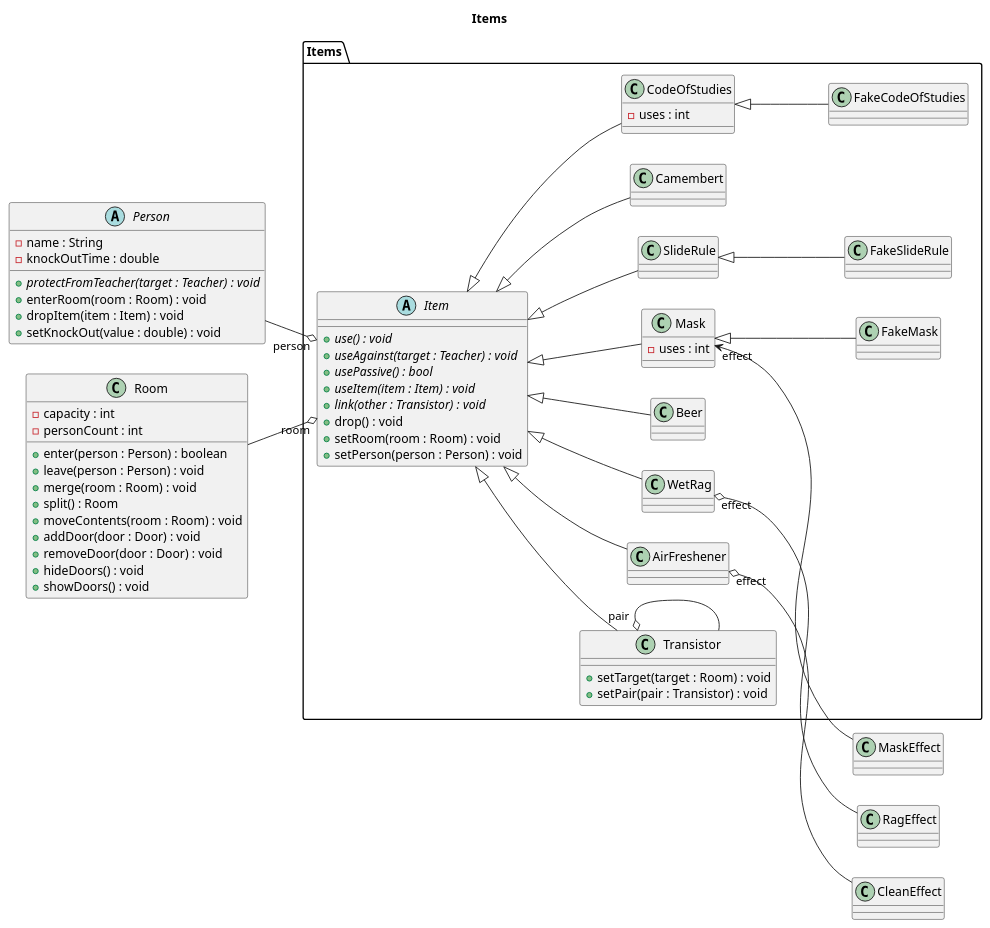
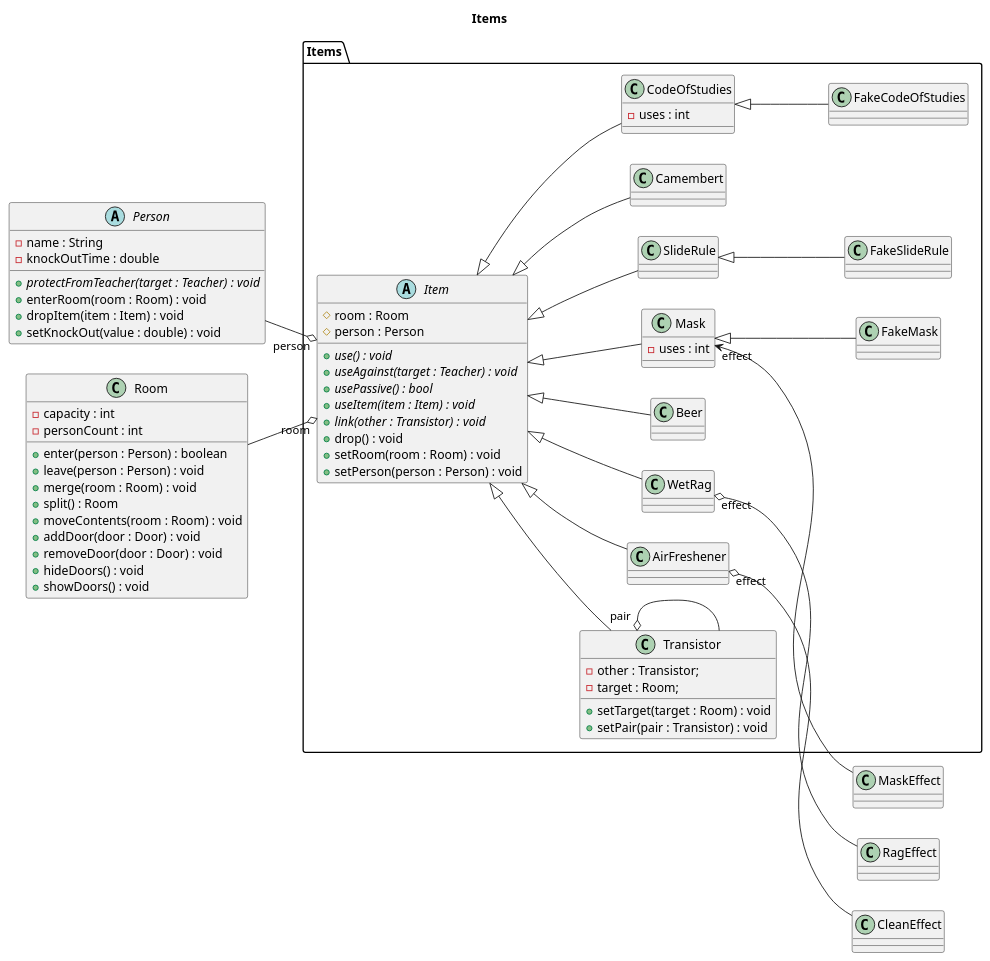
The diagram in docs/diagrams/class/items.puml (sn4k3ch4rm3r/logarlec), drawn with PlantUML before and after one commit. The commit also changed 1 other file, not shown here.

Commit message:
Class diagram changes

```diff
--- a/docs/diagrams/class/items.puml
+++ b/docs/diagrams/class/items.puml
@@ -1,95 +1,99 @@
 @startuml items
 
 title Items
 left to right direction
 
 package Items {
 	abstract Item {
+		# room : Room
+		# person : Person
 		+ {abstract} use() : void
 		+ {abstract} useAgainst(target : Teacher) : void
 		+ {abstract} usePassive() : bool
 		+ {abstract} useItem(item : Item) : void
 		+ {abstract} link(other : Transistor) : void
 		+ drop() : void
 		+ setRoom(room : Room) : void
 		+ setPerson(person : Person) : void	
 	}
 	
 	class SlideRule
 
 	class FakeSlideRule
 	
 	class Transistor {
+		- other : Transistor;
+		- target : Room;
 		+ setTarget(target : Room) : void
 		+ setPair(pair : Transistor) : void
 	}
 	
 	class CodeOfStudies {
 		- uses : int
 	}
 
 	class FakeCodeOfStudies
 	
 	class Beer 
 	
 	class WetRag 
 	
 	class Mask {
 		- uses : int
 	}
 
 	class FakeMask
 
 	class Camembert
 
     class AirFreshener
 
 	together {
 		Item <|-- SlideRule
 		Item <|-- Transistor
 		Item <|-- CodeOfStudies
 		Item <|-- Beer
 		Item <|-- WetRag
 		Item <|-- Mask
 		Item <|-- Camembert
 		Item <|-- AirFreshener
 
         CodeOfStudies <|-- FakeCodeOfStudies
         Mask <|-- FakeMask
         SlideRule <|-- FakeSlideRule
 	}
 
 	Transistor "pair" o- Transistor
 }
 
 abstract Person {
 	- name : String
 	- knockOutTime : double
 	+ {abstract} protectFromTeacher(target : Teacher) : void
 	+ enterRoom(room : Room) : void
 	+ dropItem(item : Item) : void
 	+ setKnockOut(value : double) : void
 }
 
 class Room {
 	- capacity : int
 	- personCount : int
 	+ enter(person : Person) : boolean
 	+ leave(person : Person) : void
 	+ merge(room : Room) : void
 	+ split() : Room
 	+ moveContents(room : Room) : void
 	+ addDoor(door : Door) : void
 	+ removeDoor(door : Door) : void 
 	+ hideDoors() : void
 	+ showDoors() : void
 }
 
 Item "room" o-up- Room
 Item "person" o-up- Person
 
 AirFreshener "effect" o-- CleanEffect
 WetRag "effect" o-- RagEffect
 Mask "effect" <-- MaskEffect
 
 @enduml
```
